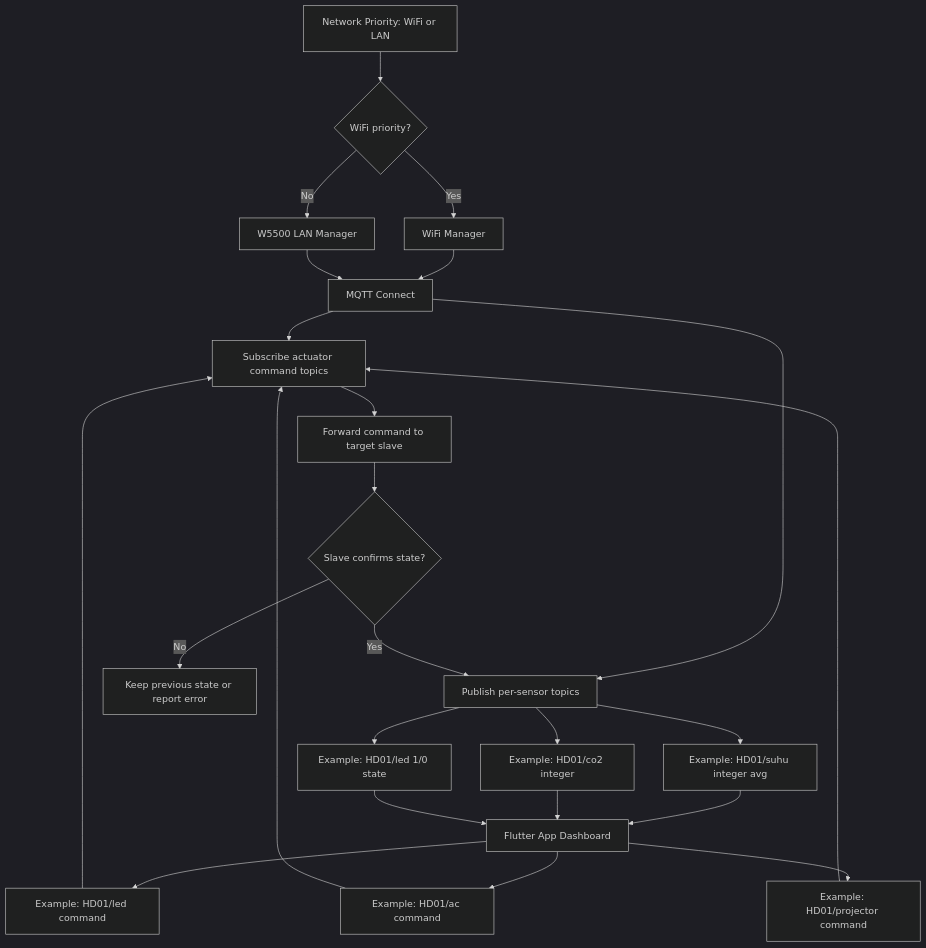
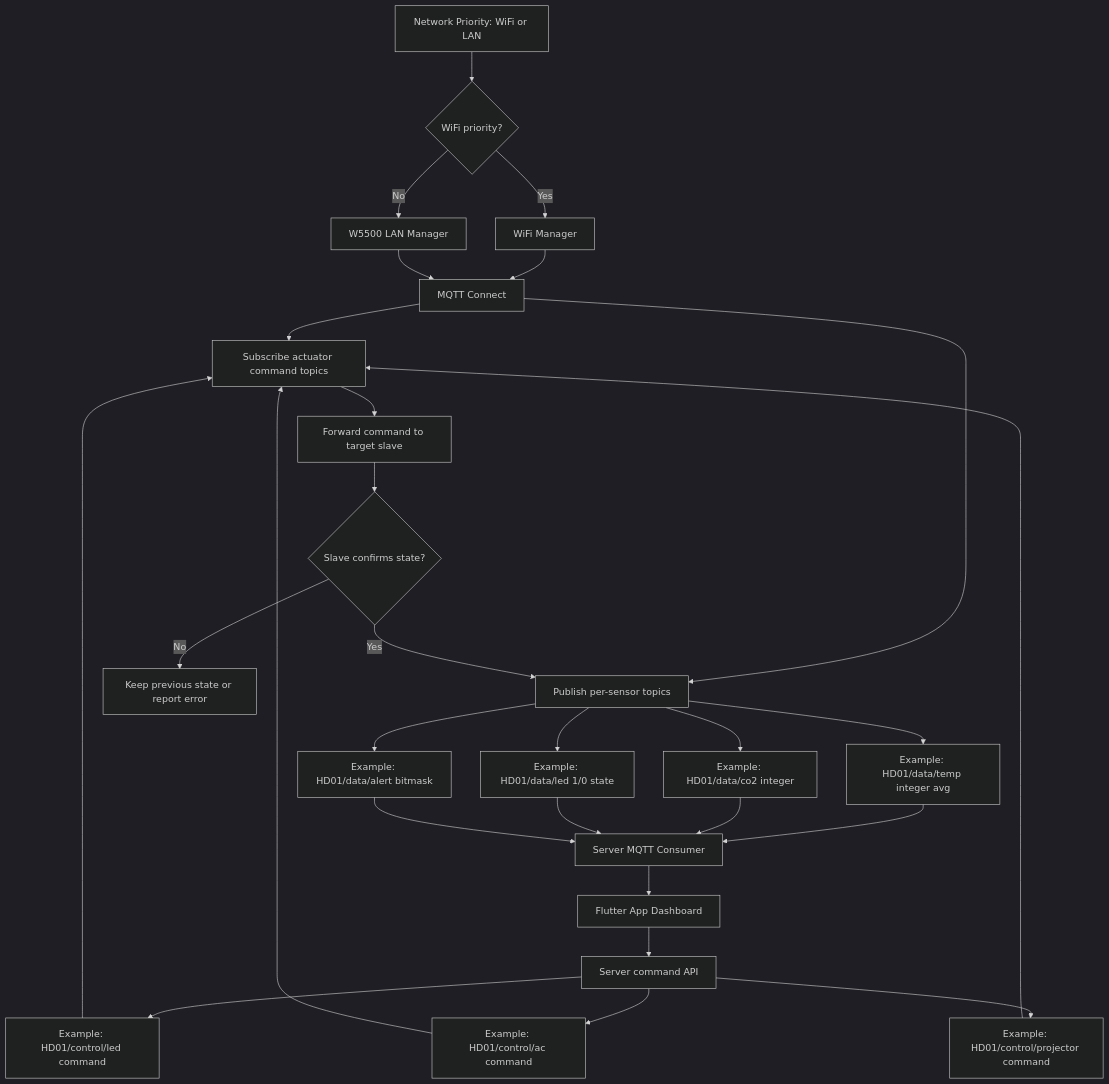
The second of 3 diagrams in README.md (hazzma/smartbuilding-Serial-Master), drawn with Mermaid (dark theme) before and after one commit. The commit also changed other lines of this file and 7 other files, not shown here.

Commit message:
Update MQTT data control topics

````diff
--- a/README.md
+++ b/README.md
@@ -147,31 +148,35 @@
 ```mermaid
 %% EDIT_TARGET: README.md - Connectivity Flow MQTT
 %% EDIT_PURPOSE: Document Firmware V2 per-topic MQTT publish and actuator command flow
 %% EDIT_REASON: Firmware V2 separates sensor topics, actuator commands, and confirmed state synchronization
 flowchart TD
     NetPriority[Network Priority: WiFi or LAN] --> WiFiPath{WiFi priority?}
     WiFiPath -->|Yes| WiFi[WiFi Manager]
     WiFiPath -->|No| LAN[W5500 LAN Manager]
     WiFi --> MQTTConnect[MQTT Connect]
     LAN --> MQTTConnect
     MQTTConnect --> Subscribe[Subscribe actuator command topics]
     MQTTConnect --> Publish[Publish per-sensor topics]
 
-    Publish --> TempTopic["Example: HD01/suhu integer avg"]
-    Publish --> CO2Topic["Example: HD01/co2 integer"]
-    Publish --> LEDTopic["Example: HD01/led 1/0 state"]
-    TempTopic --> Flutter[Flutter App Dashboard]
-    CO2Topic --> Flutter
-    LEDTopic --> Flutter
+    Publish --> TempTopic["Example: HD01/data/temp integer avg"]
+    Publish --> CO2Topic["Example: HD01/data/co2 integer"]
+    Publish --> LEDTopic["Example: HD01/data/led 1/0 state"]
+    Publish --> AlertTopic["Example: HD01/data/alert bitmask"]
+    TempTopic --> Server[Server MQTT Consumer]
+    CO2Topic --> Server
+    LEDTopic --> Server
+    AlertTopic --> Server
+    Server --> Flutter[Flutter App Dashboard]
 
-    Flutter --> LEDCommand["Example: HD01/led command"]
-    Flutter --> ACCommand["Example: HD01/ac command"]
-    Flutter --> ProjectorCommand["Example: HD01/projector command"]
+    Flutter --> ServerCommand[Server command API]
+    ServerCommand --> LEDCommand["Example: HD01/control/led command"]
+    ServerCommand --> ACCommand["Example: HD01/control/ac command"]
+    ServerCommand --> ProjectorCommand["Example: HD01/control/projector command"]
     LEDCommand --> Subscribe
     ACCommand --> Subscribe
     ProjectorCommand --> Subscribe
     Subscribe --> Forward[Forward command to target slave]
     Forward --> Confirm{Slave confirms state?}
     Confirm -->|Yes| Publish
     Confirm -->|No| RetryOrError[Keep previous state or report error]
 ```
````
